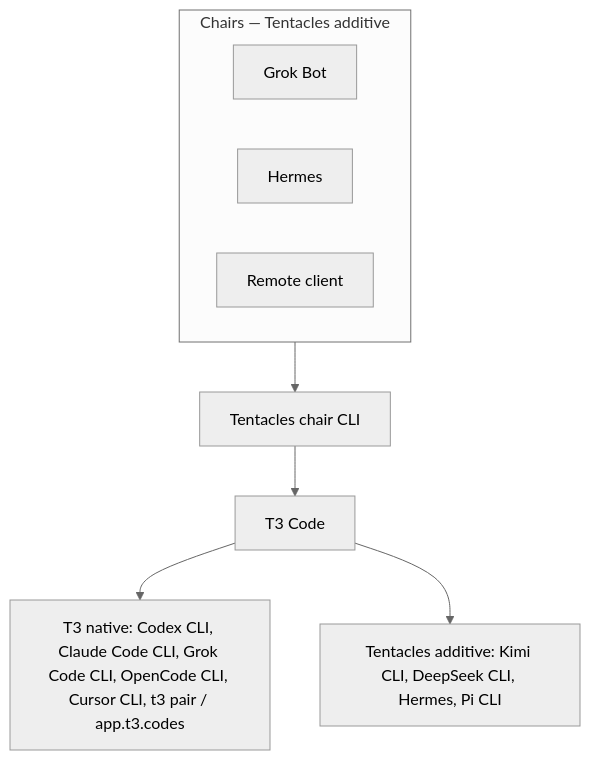
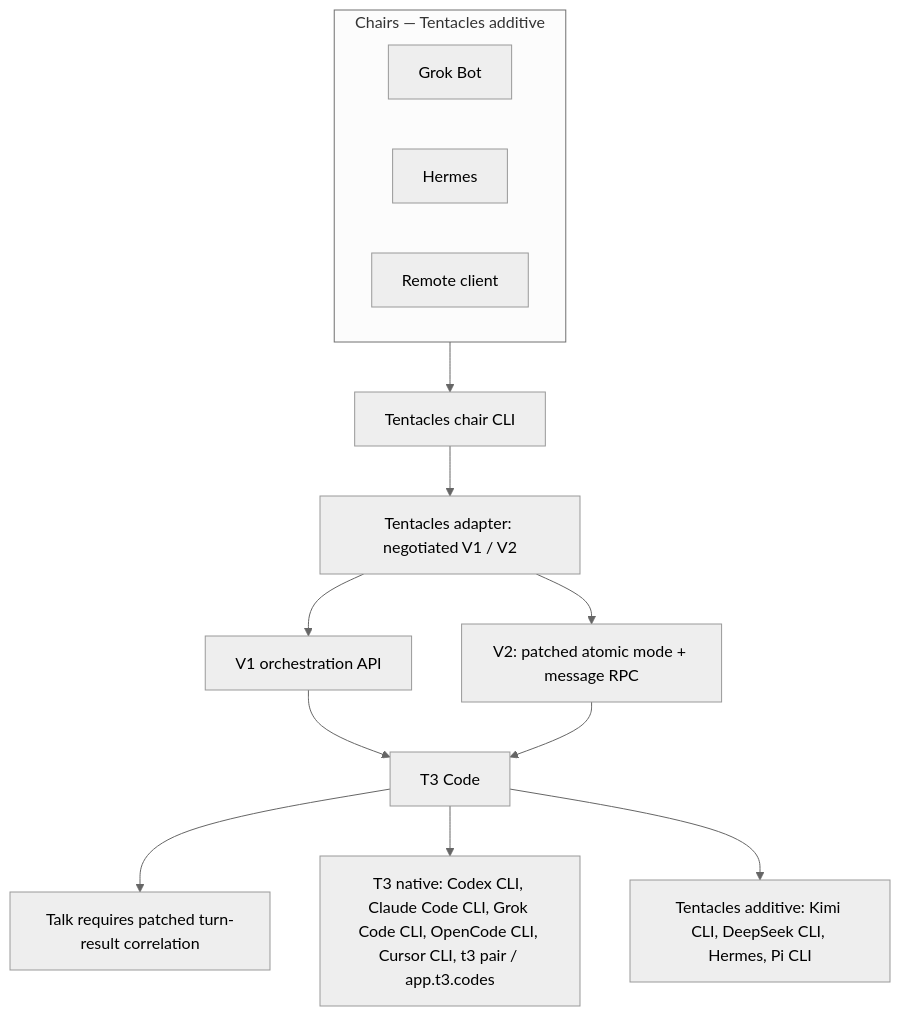
One commit to m-check1B/t3-code-tentacles changed the diagram in README.md. Above: the diagram before and after it, drawn with Mermaid (neutral theme). The commit also changed other lines of this file and 14 other files, not shown here.

````diff
--- a/README.md
+++ b/README.md
@@ -135,13 +140,18 @@
 ```mermaid
 flowchart TB
     subgraph Chairs["Chairs — Tentacles additive"]
         direction LR
         GrokBot["Grok Bot"]
         HermesChair["Hermes"]
         Remote["Remote client"]
     end
     Chairs --> ChairCLI["Tentacles chair CLI"]
-    ChairCLI --> T3["T3 Code"]
+    ChairCLI --> Adapter["Tentacles adapter: negotiated V1 / V2"]
+    Adapter --> V1["V1 orchestration API"]
+    Adapter --> V2["V2: patched atomic mode + message RPC"]
+    V1 --> T3["T3 Code"]
+    V2 --> T3
+    T3 --> Result["Talk requires patched turn-result correlation"]
     T3 --> Native["T3 native: Codex CLI, Claude Code CLI, Grok Code CLI, OpenCode CLI, Cursor CLI, t3 pair / app.t3.codes"]
     T3 --> Additive["Tentacles additive: Kimi CLI, DeepSeek CLI, Hermes, Pi CLI"]
 ```
````
